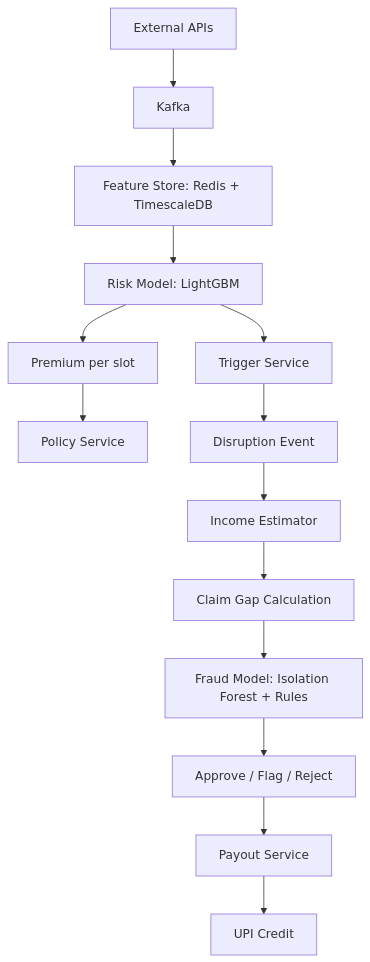
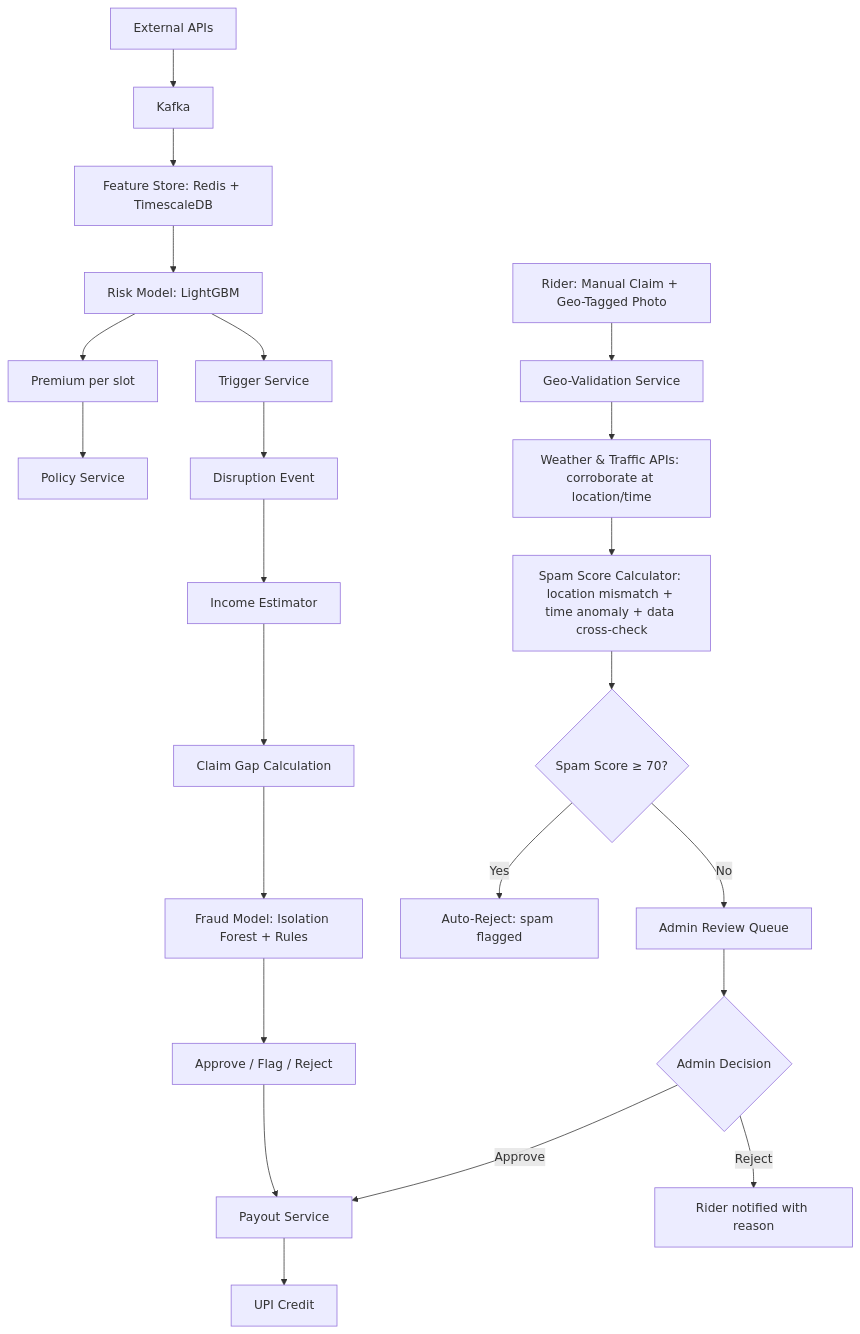
One commit to pankajydv07/GuideWire changed the second of 3 diagrams in README.md. Above: the diagram before and after it, drawn with Mermaid. The commit also changed other lines of this file, not shown here.

Commit message:
docs: add manual claim feature to README

````diff
--- a/README.md
+++ b/README.md
@@ -382,16 +483,25 @@
 ```mermaid
 flowchart TD
     A[External APIs] --> B[Kafka]
     B --> C[Feature Store: Redis + TimescaleDB]
     C --> D[Risk Model: LightGBM]
     D --> E[Premium per slot]
     E --> F[Policy Service]
     D --> G[Trigger Service]
     G --> H[Disruption Event]
     H --> I[Income Estimator]
     I --> J[Claim Gap Calculation]
     J --> K[Fraud Model: Isolation Forest + Rules]
     K --> L[Approve / Flag / Reject]
     L --> M[Payout Service]
     M --> N[UPI Credit]
+    O[Rider: Manual Claim + Geo-Tagged Photo] --> P[Geo-Validation Service]
+    P --> Q[Weather & Traffic APIs: corroborate at location/time]
+    Q --> R[Spam Score Calculator: location mismatch + time anomaly + data cross-check]
+    R --> S{Spam Score ≥ 70?}
+    S -- Yes --> T[Auto-Reject: spam flagged]
+    S -- No --> U[Admin Review Queue]
+    U --> V{Admin Decision}
+    V -- Approve --> M
+    V -- Reject --> W[Rider notified with reason]
 ```
````
